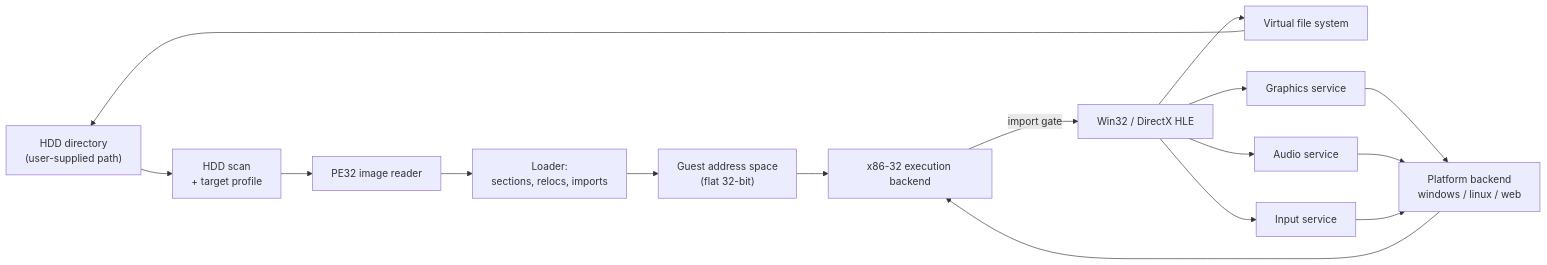
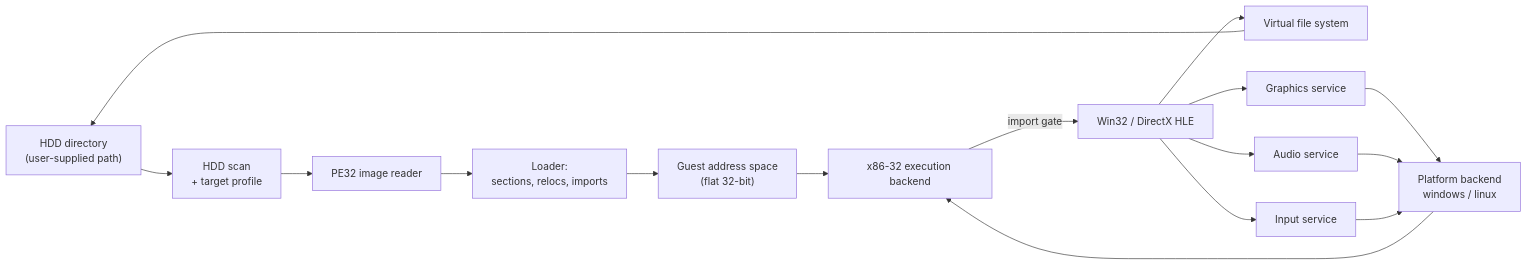
One commit to nworkers/re2DJ changed the first of 4 diagrams in ARCHITECTURE.md. Above: the diagram before and after it, drawn with Mermaid. The commit also changed other lines of this file and 173 other files, not shown here.

````diff
--- a/ARCHITECTURE.md
+++ b/ARCHITECTURE.md
@@ -30,18 +36,18 @@
 ```mermaid
 flowchart LR
     HDD["HDD directory<br/>(user-supplied path)"] --> SCAN["HDD scan<br/>+ target profile"]
     SCAN --> PE["PE32 image reader"]
     PE --> LOAD["Loader:<br/>sections, relocs, imports"]
     LOAD --> MEM["Guest address space<br/>(flat 32-bit)"]
     MEM --> EXEC["x86-32 execution backend"]
     EXEC -->|import gate| HLE["Win32 / DirectX HLE"]
     HLE --> VFS["Virtual file system"]
     HLE --> GFX["Graphics service"]
     HLE --> SND["Audio service"]
     HLE --> INP["Input service"]
     VFS --> HDD
-    GFX --> PLAT["Platform backend<br/>windows / linux / web"]
+    GFX --> PLAT["Platform backend<br/>windows / linux"]
     SND --> PLAT
     INP --> PLAT
     PLAT --> EXEC
 ```
````
